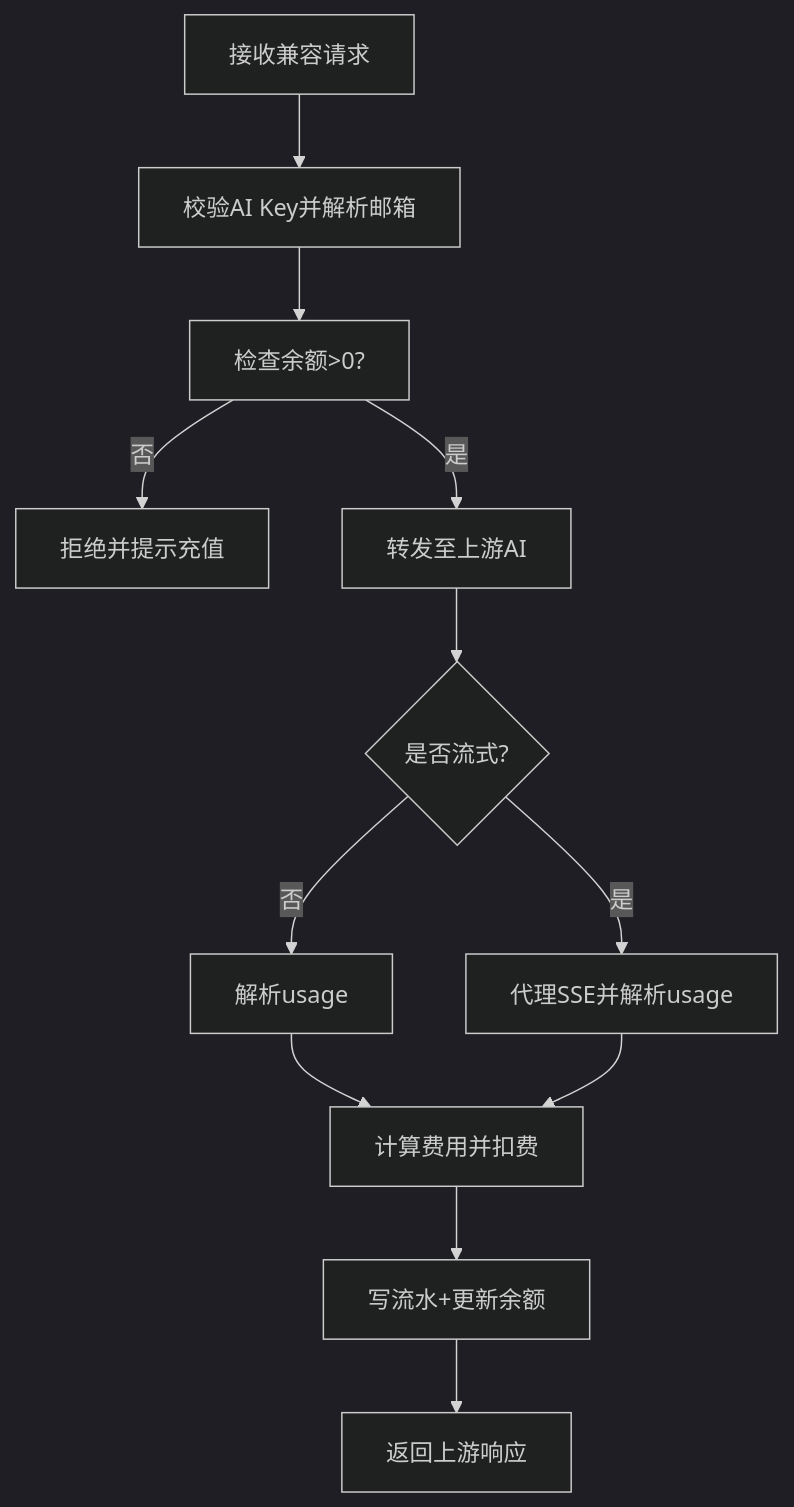
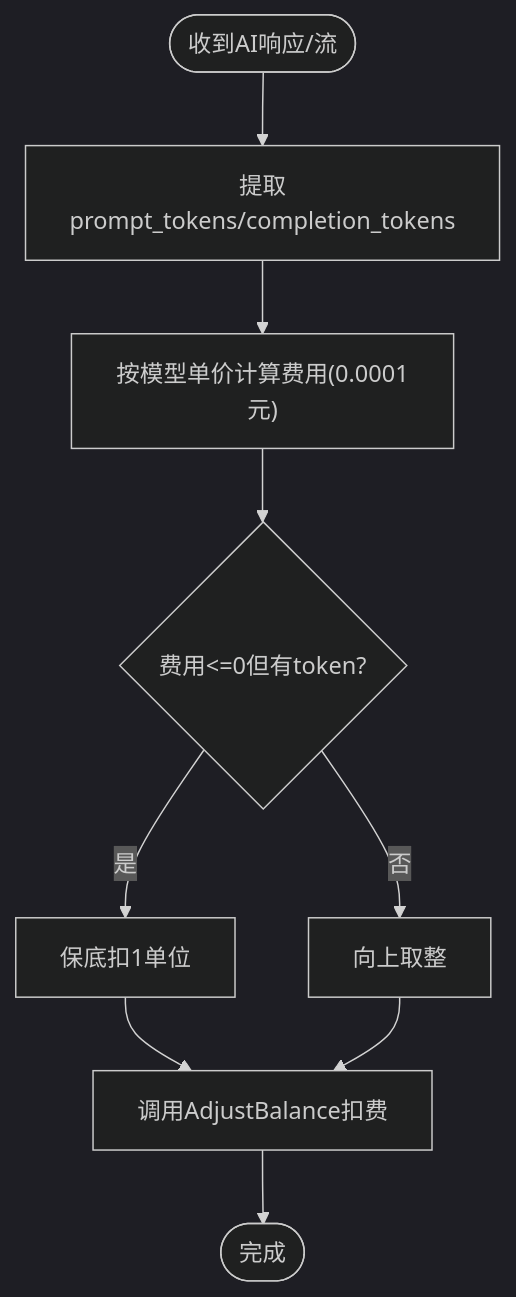
The fifth of 7 diagrams in .qoder/repowiki/zh/content/云端后端服务/支付订阅系统/AI钱包系统.md (alvinwangzi/goodhr), drawn with Mermaid (dark theme) before and after one commit. The commit also changed other lines of this file and 149 other files, not shown here.

````diff
--- a/.qoder/repowiki/zh/content/云端后端服务/支付订阅系统/AI钱包系统.md
+++ b/.qoder/repowiki/zh/content/云端后端服务/支付订阅系统/AI钱包系统.md
@@ -209,14 +213,11 @@
 ```mermaid
 flowchart TD
-Req["接收兼容请求"] --> Auth["校验AI Key并解析邮箱"]
-Auth --> CheckBal["检查余额>0?"]
-CheckBal -- 否 --> Deny["拒绝并提示充值"]
-CheckBal -- 是 --> Proxy["转发至上游AI"]
-Proxy --> Mode{"是否流式?"}
-Mode -- 否 --> ParseResp["解析usage"]
-Mode -- 是 --> Stream["代理SSE并解析usage"]
-ParseResp --> Charge["计算费用并扣费"]
-Stream --> Charge
-Charge --> Write["写流水+更新余额"]
-Write --> Resp["返回上游响应"]
+In(["收到AI响应/流"]) --> Extract["提取prompt_tokens/completion_tokens"]
+Extract --> Calc["按模型单价计算费用(0.0001元)"]
+Calc --> MinCheck{"费用<=0但有token?"}
+MinCheck --> |是| Floor["保底扣1单位"]
+MinCheck --> |否| Round["向上取整"]
+Floor --> Charge["调用AdjustBalance扣费"]
+Round --> Charge
+Charge --> Out(["完成"])
 ```
````
